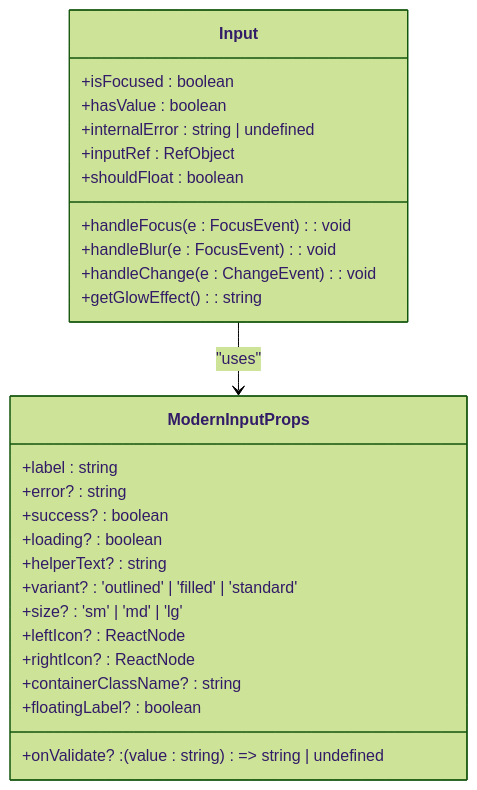
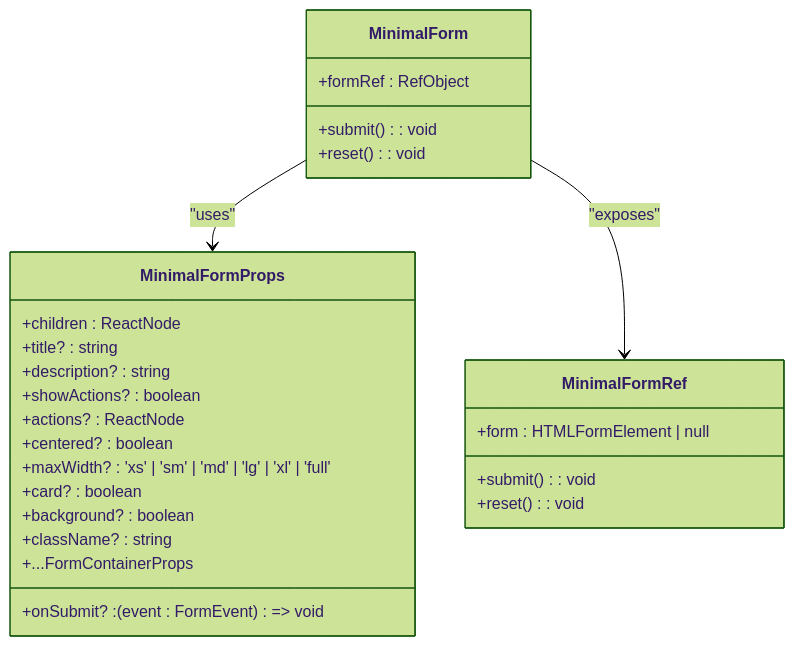
One commit to geniusdynamics/schoolpilot changed the fourth of 12 diagrams in .qoder/repowiki/en/content/UI Component Library/Form Components.md. Above: the diagram before and after it, drawn with Mermaid (forest theme). The commit also changed other lines of this file and 6 other files, not shown here.

````diff
--- a/.qoder/repowiki/en/content/UI Component Library/Form Components.md
+++ b/.qoder/repowiki/en/content/UI Component Library/Form Components.md
@@ -225,29 +206,29 @@
 ```mermaid
 classDiagram
-class ModernInputProps {
-+label : string
-+error? : string
-+success? : boolean
-+loading? : boolean
-+helperText? : string
-+variant? : 'outlined' | 'filled' | 'standard'
-+size? : 'sm' | 'md' | 'lg'
-+leftIcon? : ReactNode
-+rightIcon? : ReactNode
-+onValidate? : (value : string) => string | undefined
-+containerClassName? : string
-+floatingLabel? : boolean
+class MinimalFormProps {
++children : ReactNode
++title? : string
++description? : string
++showActions? : boolean
++actions? : ReactNode
++centered? : boolean
++maxWidth? : 'xs' | 'sm' | 'md' | 'lg' | 'xl' | 'full'
++card? : boolean
++background? : boolean
++onSubmit? : (event : FormEvent) => void
++className? : string
++...FormContainerProps
 }
-class Input {
-+isFocused : boolean
-+hasValue : boolean
-+internalError : string | undefined
-+inputRef : RefObject
-+handleFocus(e : FocusEvent) : void
-+handleBlur(e : FocusEvent) : void
-+handleChange(e : ChangeEvent) : void
-+shouldFloat : boolean
-+getGlowEffect() : string
+class MinimalFormRef {
++form : HTMLFormElement | null
++submit() : void
++reset() : void
 }
-Input --> ModernInputProps : "uses"
+class MinimalForm {
++formRef : RefObject
++submit() : void
++reset() : void
+}
+MinimalForm --> MinimalFormProps : "uses"
+MinimalForm --> MinimalFormRef : "exposes"
 ```
````
